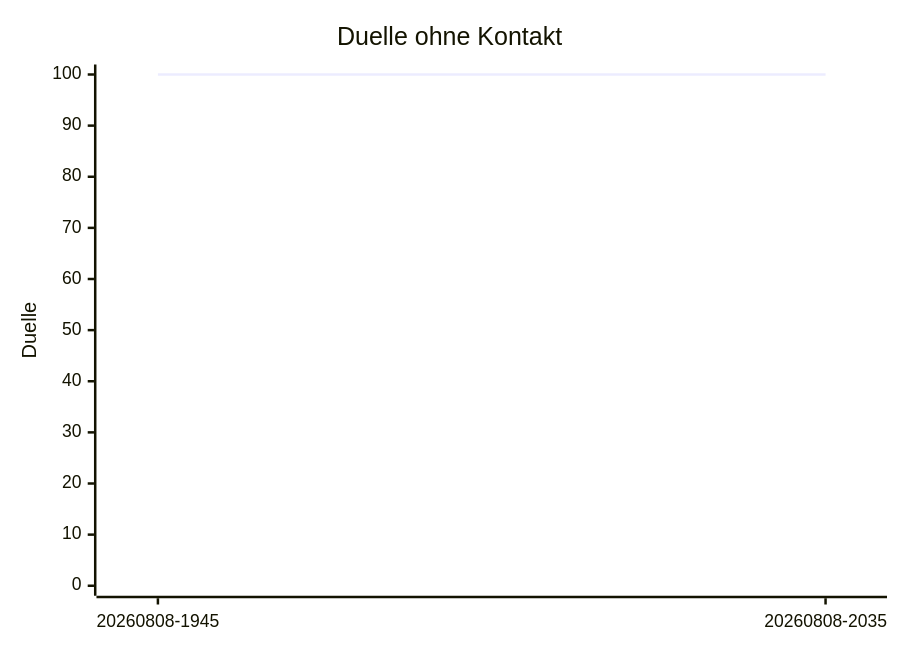
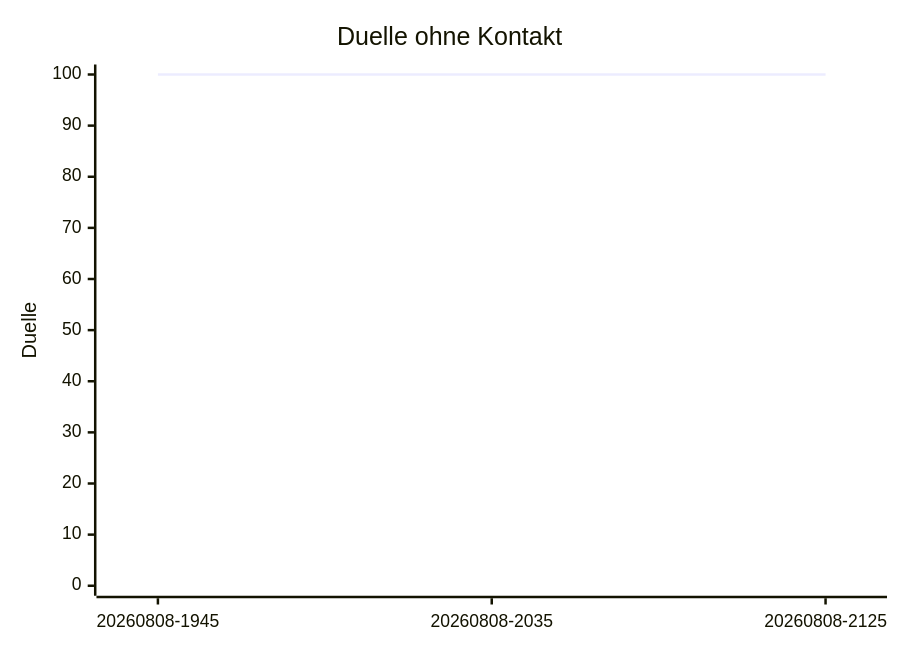
One commit to arn-c0de/Project_Nova changed the second of 3 diagrams in tools/Nova.AiLab/reports/README.md. Above: the diagram before and after it, drawn with Mermaid. The commit also changed other lines of this file and 27 other files, not shown here.

````diff
--- a/tools/Nova.AiLab/reports/README.md
+++ b/tools/Nova.AiLab/reports/README.md
@@ -55,7 +57,7 @@
 ```mermaid
 xychart-beta
     title "Duelle ohne Kontakt"
-    x-axis ["20260808-1945", "20260808-2035"]
+    x-axis ["20260808-1945", "20260808-2035", "20260808-2125"]
     y-axis "Duelle" 0 --> 100
-    line [100, 100]
+    line [100, 100, 100]
 ```
````
